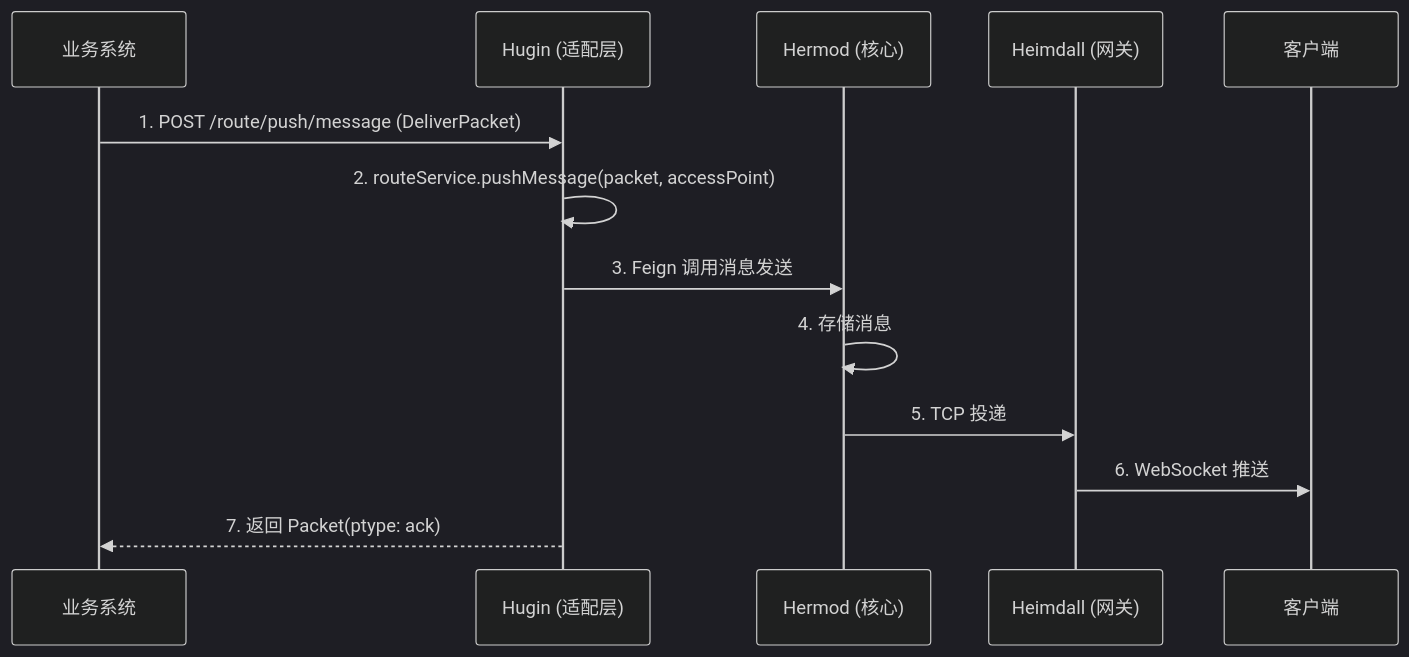
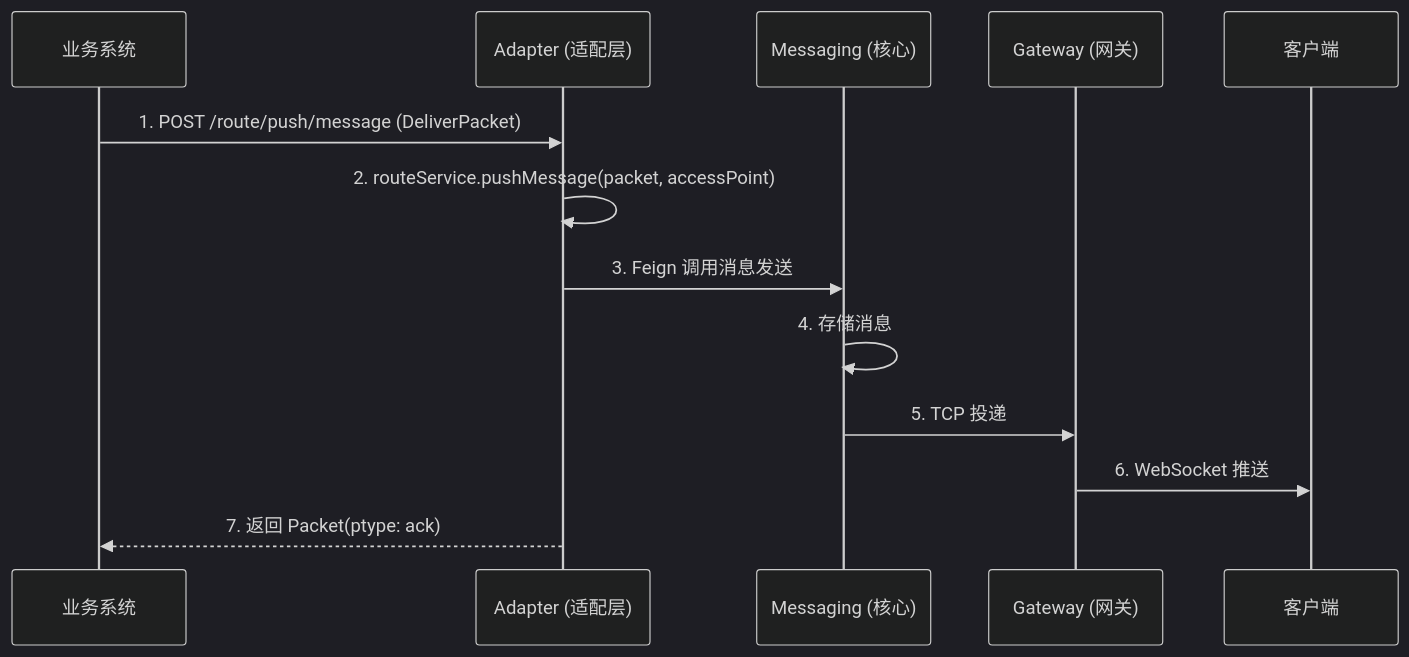
One commit to givingwu/bifrost-chat changed diagram 13 of 13 in specs/bifrost-client-integration-guide.md. Above: the diagram before and after it, drawn with Mermaid (dark theme). The commit also changed other lines of this file and 53 other files, not shown here.

````diff
--- a/specs/bifrost-client-integration-guide.md
+++ b/specs/bifrost-client-integration-guide.md
@@ -1058,16 +1058,16 @@
 ```mermaid
 sequenceDiagram
     participant BIZ as 业务系统
-    participant HG as Hugin (适配层)
-    participant HM as Hermod (核心)
-    participant H as Heimdall (网关)
+    participant HG as Adapter (适配层)
+    participant HM as Messaging (核心)
+    participant H as Gateway (网关)
     participant C as 客户端
 
     BIZ->>HG: 1. POST /route/push/message (DeliverPacket)
     HG->>HG: 2. routeService.pushMessage(packet, accessPoint)
     HG->>HM: 3. Feign 调用消息发送
     HM->>HM: 4. 存储消息
     HM->>H: 5. TCP 投递
     H->>C: 6. WebSocket 推送
     HG-->>BIZ: 7. 返回 Packet(ptype: ack)
 ```
````
